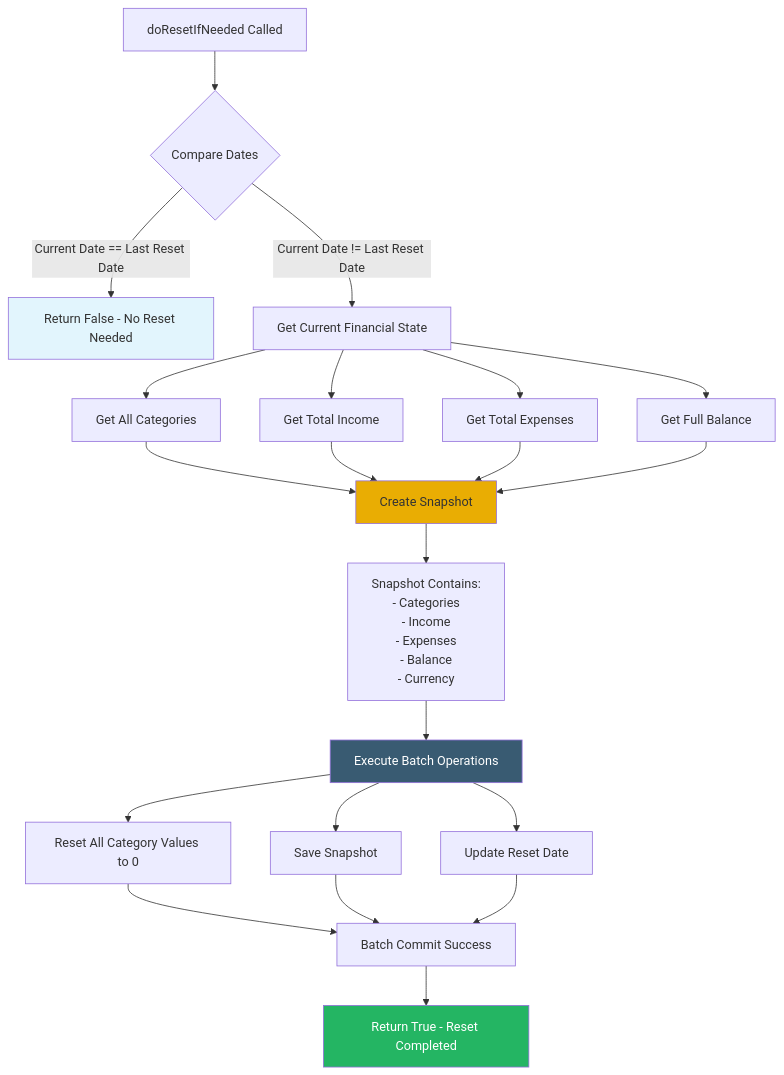
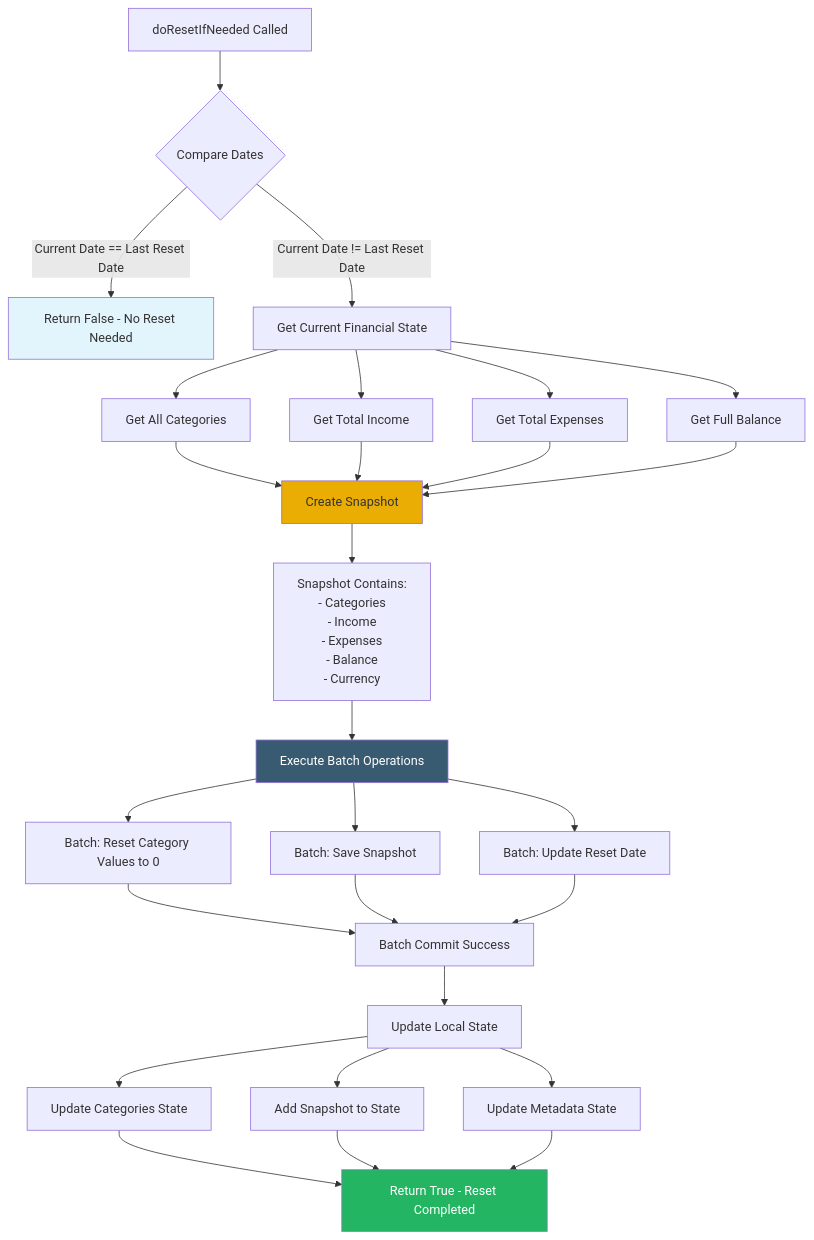
The diagram in docs/orchestrators/month-reset-orchestrator.md (vkrinichansky/budget-tracker), drawn with Mermaid before and after one commit. The commit also changed other lines of this file and 7 other files, not shown here.

````diff
--- a/docs/orchestrators/month-reset-orchestrator.md
+++ b/docs/orchestrators/month-reset-orchestrator.md
@@ -19,35 +19,42 @@
 ```mermaid
 flowchart TD
     A[doResetIfNeeded Called] --> B{Compare Dates}
     B -->|Current Date == Last Reset Date| C[Return False - No Reset Needed]
     B -->|Current Date != Last Reset Date| D[Get Current Financial State]
     
     D --> E[Get All Categories]
     D --> F[Get Total Income]
     D --> G[Get Total Expenses]
     D --> H[Get Full Balance]
     
     E --> I[Create Snapshot]
     F --> I
     G --> I
     H --> I
     
     I --> J[Snapshot Contains:<br/>- Categories<br/>- Income<br/>- Expenses<br/>- Balance<br/>- Currency]
     
     J --> K[Execute Batch Operations]
     
-    K --> L[Reset All Category Values to 0]
-    K --> M[Save Snapshot]
-    K --> N[Update Reset Date]
+    K --> L[Batch: Reset Category Values to 0]
+    K --> M[Batch: Save Snapshot]
+    K --> N[Batch: Update Reset Date]
     
     L --> O[Batch Commit Success]
     M --> O
     N --> O
     
-    O --> P[Return True - Reset Completed]
+    O --> Q[Update Local State]
+    Q --> R[Update Categories State]
+    Q --> S[Add Snapshot to State]
+    Q --> T[Update Metadata State]
+    
+    R --> P[Return True - Reset Completed]
+    S --> P
+    T --> P
     
     style C fill:#e2f5fd
     style P fill:#24b563,color:#fff
     style I fill:#e9ad03
     style K fill:#395b72,color:#fff
 ```
````
